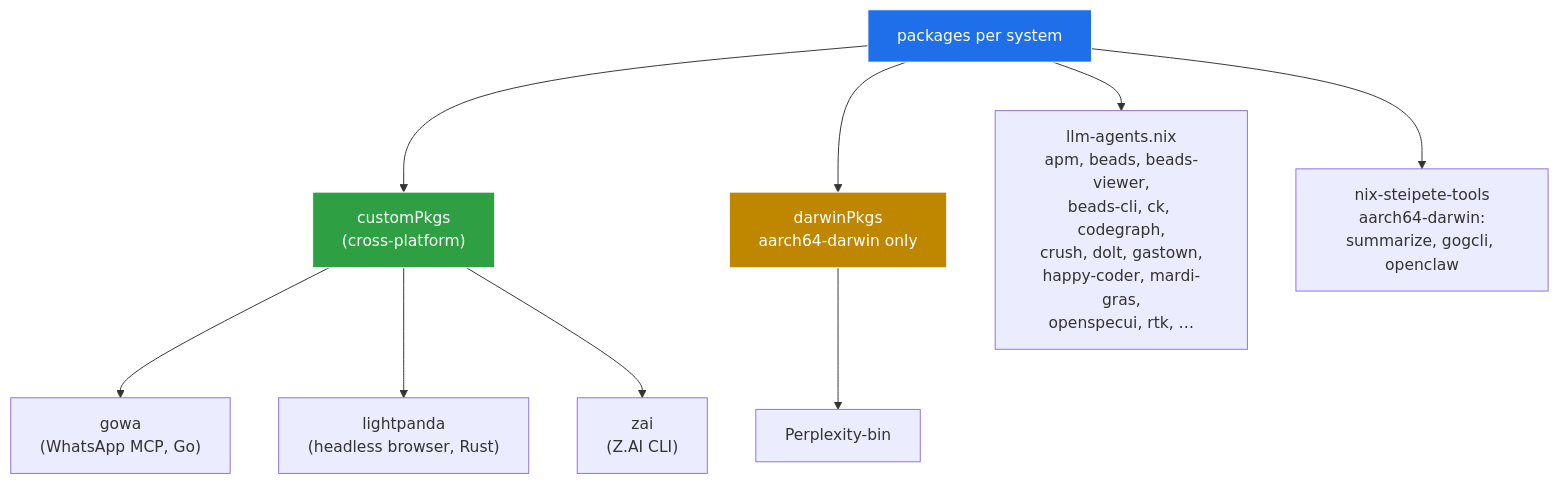
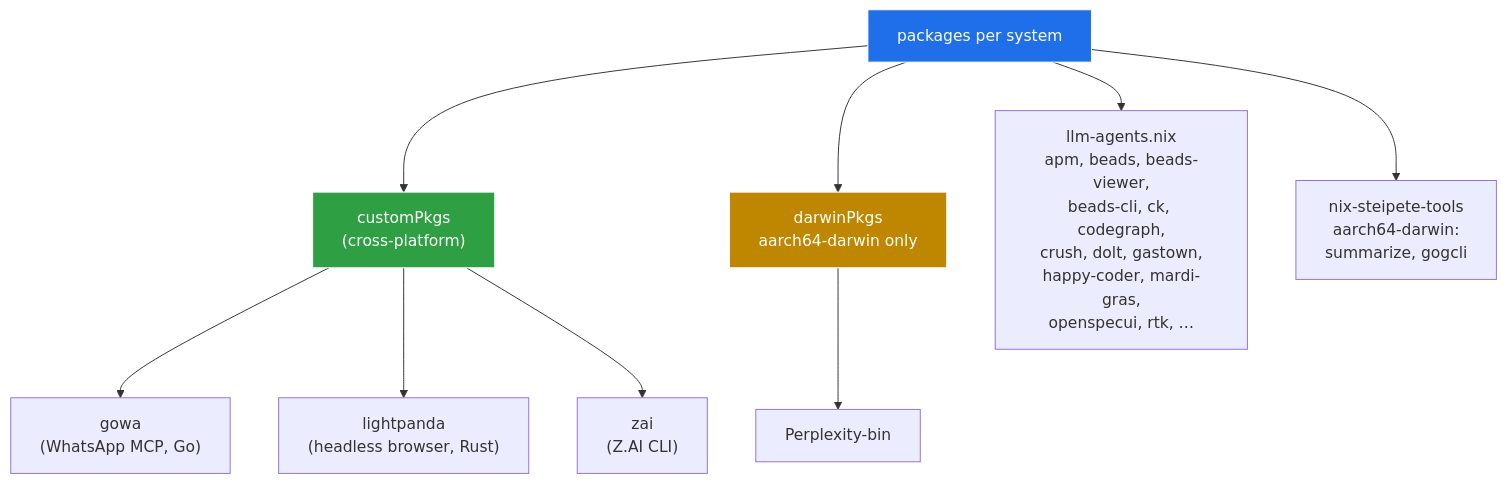
One commit to DivitMittal/ai-nixCfg changed the sixth of 7 diagrams in README.md. Above: the diagram before and after it, drawn with Mermaid. The commit also changed other lines of this file, not shown here.

````diff
--- a/README.md
+++ b/README.md
@@ -720,17 +719,17 @@
 ```mermaid
 graph TD
     P["packages per system"] --> Cust["customPkgs<br/>(cross-platform)"]
     P --> Darw["darwinPkgs<br/>aarch64-darwin only"]
     P --> Llm["llm-agents.nix<br/>apm, beads, beads-viewer,<br/>beads-cli, ck, codegraph,<br/>crush, dolt, gastown,<br/>happy-coder, mardi-gras,<br/>openspecui, rtk, …"]
-    P --> Stp["nix-steipete-tools<br/>aarch64-darwin:<br/>summarize, gogcli, openclaw"]
+    P --> Stp["nix-steipete-tools<br/>aarch64-darwin:<br/>summarize, gogcli"]
 
     Cust --> Gowa["gowa<br/>(WhatsApp MCP, Go)"]
     Cust --> Panda["lightpanda<br/>(headless browser, Rust)"]
     Cust --> Zai["zai<br/>(Z.AI CLI)"]
 
     Darw --> Perp["Perplexity-bin"]
 
     style P fill:#1f6feb,stroke:#fff,color:#fff
     style Cust fill:#2ea043,stroke:#fff,color:#fff
     style Darw fill:#bf8700,stroke:#fff,color:#fff
 ```
````
